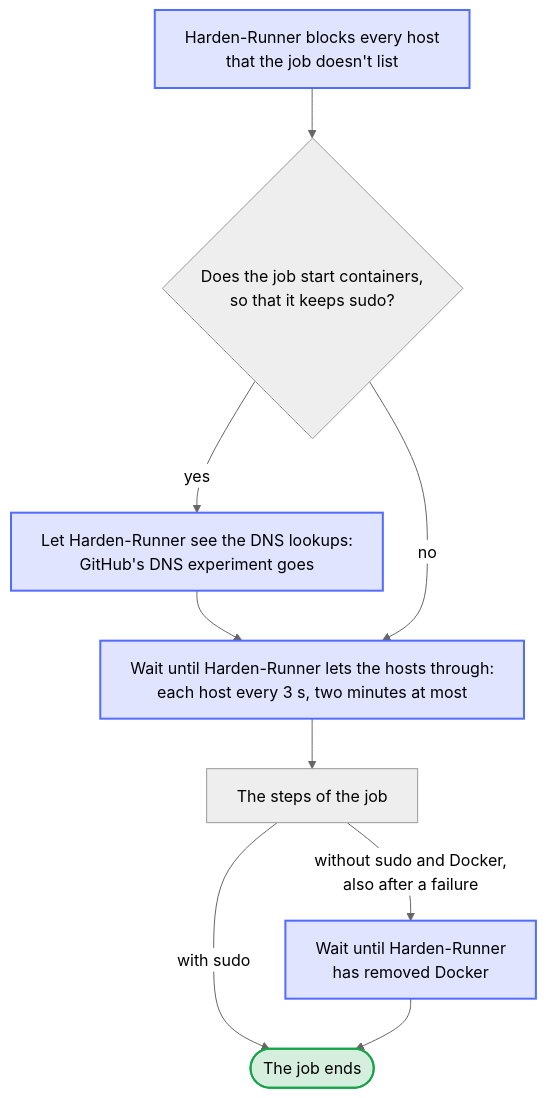
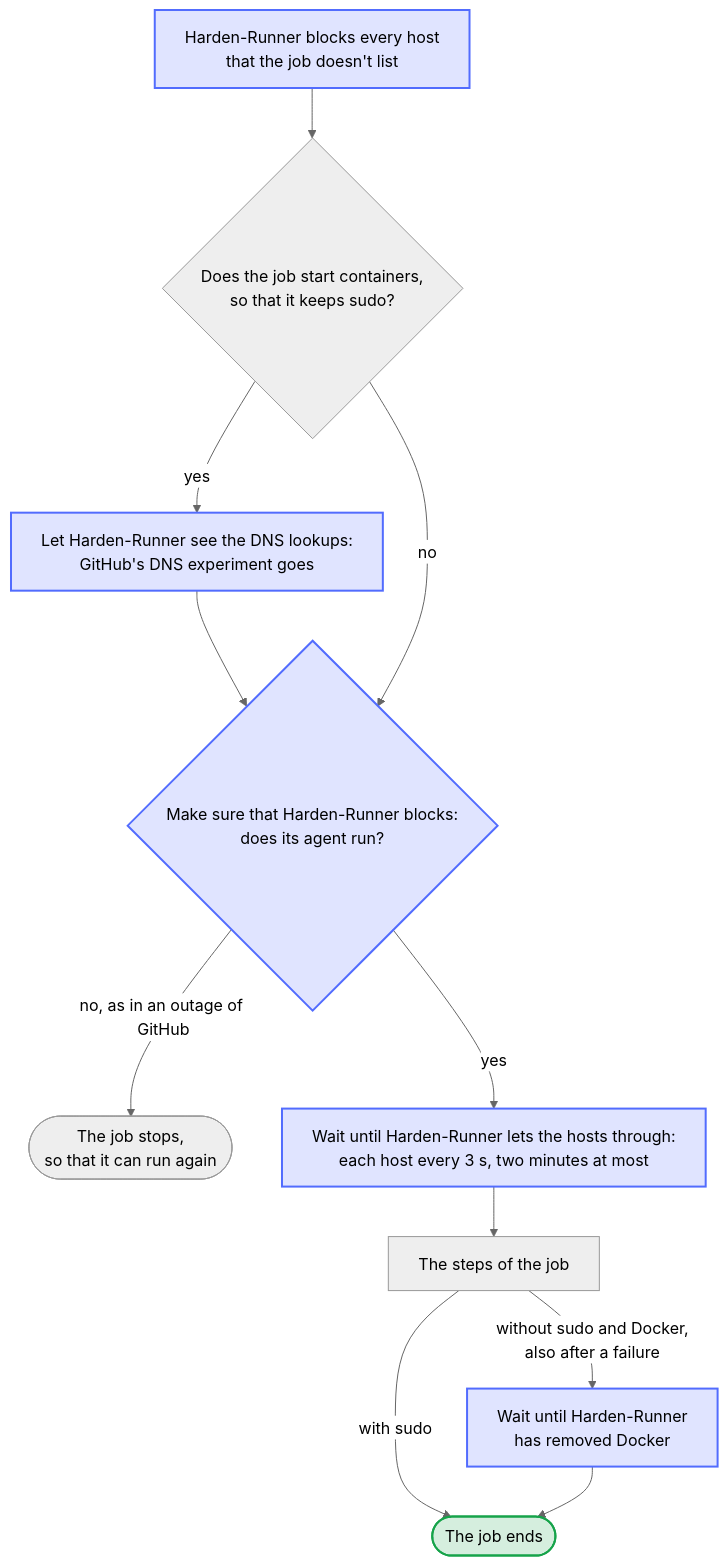
The diagram in docs/diagrams/job-behind-harden-runner.en.mmd (Dennis-Otto/homedarts-for-autodarts), drawn with Mermaid (neutral theme) before and after one commit. The commit also changed 22 other files, not shown here.

First line of the commit message:
fix(ci): the project's own jobs stop when Harden-Runner doesn't block (#651)

```diff
--- a/docs/diagrams/job-behind-harden-runner.en.mmd
+++ b/docs/diagrams/job-behind-harden-runner.en.mmd
@@ -1,20 +1,22 @@
 ---
 config:
   flowchart:
     wrappingWidth: 400
 ---
 flowchart TB
   accTitle: The steps of a job behind Harden-Runner
-  accDescr: Harden-Runner blocks every host that the job doesn't list. A job that starts containers keeps sudo, and takes GitHub's DNS experiment away. Every job then asks its hosts every 3 seconds, for two minutes at most, until Harden-Runner lets them through, and runs its steps. A job without sudo and Docker ends only after Harden-Runner has removed Docker, also after a failure.
+  accDescr: Harden-Runner blocks every host that the job doesn't list. A job that starts containers keeps sudo, and takes GitHub's DNS experiment away. Every job then makes sure that the agent of Harden-Runner blocks, and stops when it doesn't, so that it can run again. It asks its hosts every 3 seconds, for two minutes at most, until Harden-Runner lets them through, and runs its steps. A job without sudo and Docker ends only after Harden-Runner has removed Docker, also after a failure.
   BLOCK["Harden-Runner blocks every host<br/>that the job doesn't list"] --> SUDO{"Does the job start containers,<br/>so that it keeps sudo?"}
   SUDO -- "yes" --> LOOKUPS["Let Harden-Runner see the DNS lookups:<br/>GitHub's DNS experiment goes"]
-  LOOKUPS --> WAIT
-  SUDO -- "no" --> WAIT["Wait until Harden-Runner lets the hosts through:<br/>each host every 3 s, two minutes at most"]
+  LOOKUPS --> SURE
+  SUDO -- "no" --> SURE{"Make sure that Harden-Runner blocks:<br/>does its agent run?"}
+  SURE -- "no, as in an outage of GitHub" --> STOP(["The job stops,<br/>so that it can run again"])
+  SURE -- "yes" --> WAIT["Wait until Harden-Runner lets the hosts through:<br/>each host every 3 s, two minutes at most"]
   WAIT --> STEPS["The steps of the job"]
   STEPS -- "with sudo" --> END(["The job ends"])
   STEPS -- "without sudo and Docker,<br/>also after a failure" --> DOCKER["Wait until Harden-Runner<br/>has removed Docker"]
   DOCKER --> END
   classDef bot fill:#526cfe2e,stroke:#526cfe,stroke-width:2px
   classDef done fill:#16a34a2e,stroke:#16a34a,stroke-width:2px
-  class BLOCK,LOOKUPS,WAIT,DOCKER bot
+  class BLOCK,LOOKUPS,SURE,WAIT,DOCKER bot
   class END done
```
